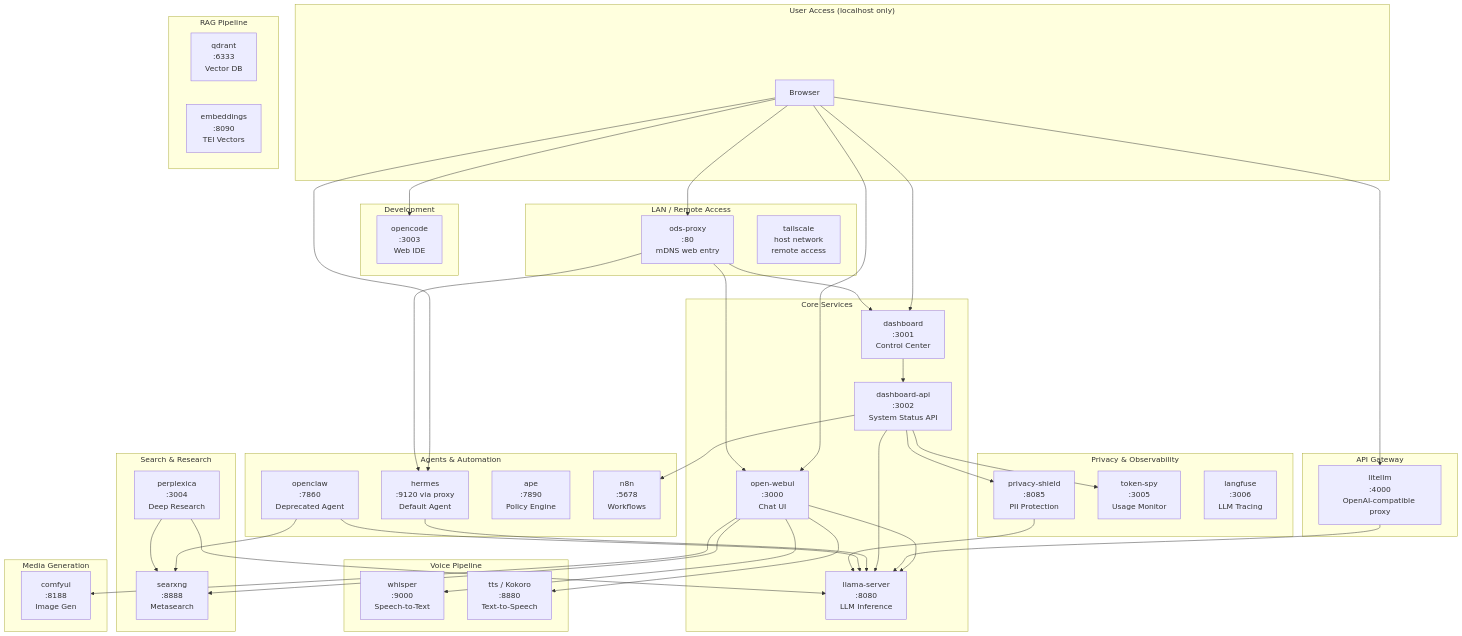
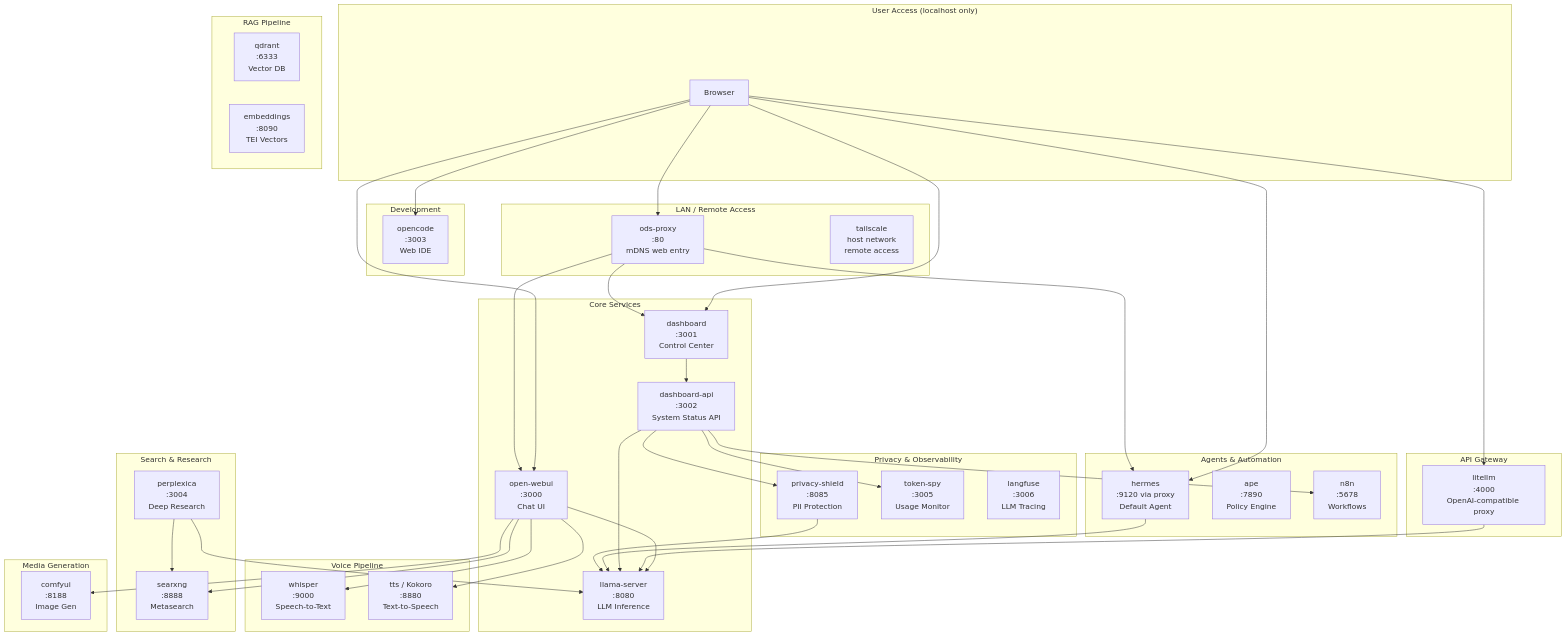
One commit to 0xacee/ODS changed the first of 3 diagrams in ARCHITECTURE.md. Above: the diagram before and after it, drawn with Mermaid. The commit also changed other lines of this file and 169 other files, not shown here.

```diff
--- a/ARCHITECTURE.md
+++ b/ARCHITECTURE.md
@@ -44,7 +44,6 @@
 
     subgraph Agents["Agents & Automation"]
         HERMES["hermes<br/>:9120 via proxy<br/>Default Agent"]
-        CLAW["openclaw<br/>:7860<br/>Deprecated Agent"]
         APE["ape<br/>:7890<br/>Policy Engine"]
         N8N["n8n<br/>:5678<br/>Workflows"]
     end
@@ -95,8 +94,6 @@
     DAPI --> SHIELD
 
     HERMES --> LLAMA
-    CLAW --> LLAMA
-    CLAW --> SEARX
 
     PERP --> LLAMA
     PERP --> SEARX
```
